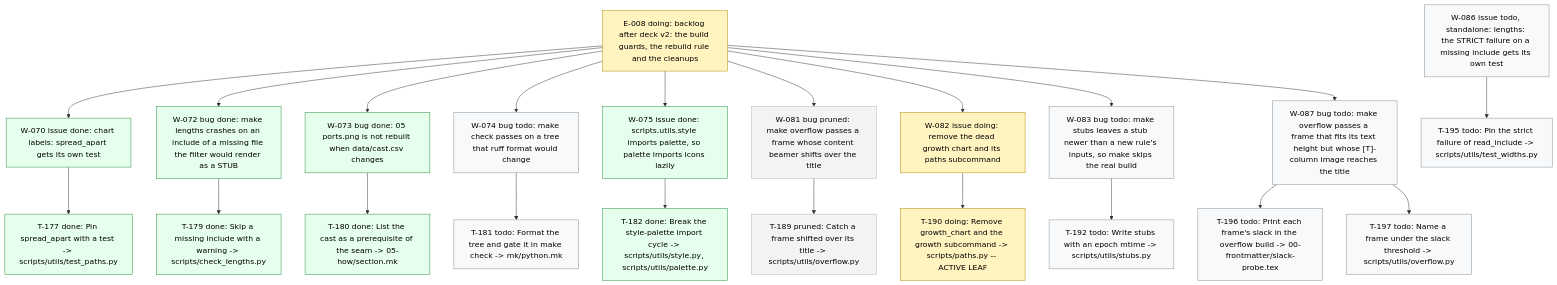
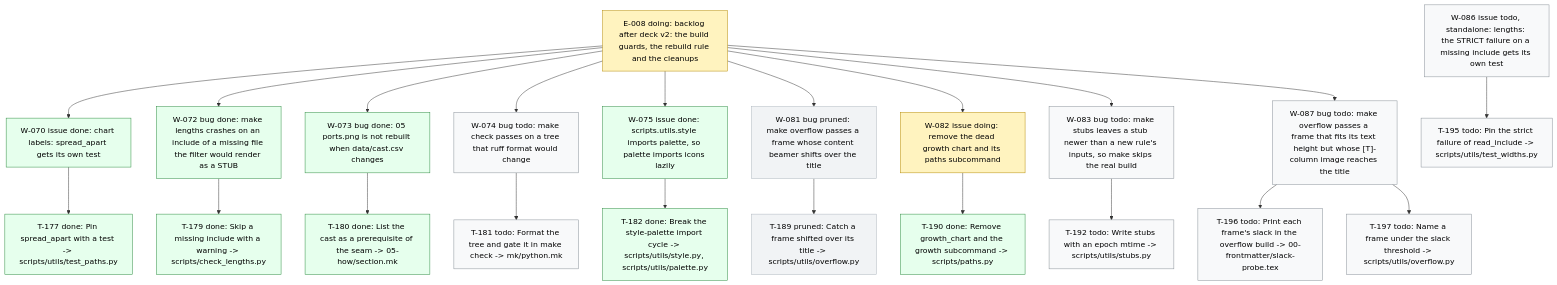
The diagram in .board/BOARD.md (dpopchev/chaos-to-simple), drawn with Mermaid before and after one commit. The commit also changed other lines of this file and 1 other file, not shown here.

Commit message:
chore(board): close T-190 -- W-082 ready to land
Refs: W-082 T-190

````diff
--- a/.board/BOARD.md
+++ b/.board/BOARD.md
@@ -487,34 +487,34 @@
 ```mermaid
 flowchart TD
   E008["E-008 doing: backlog after deck v2: the build guards, the rebuild rule and the cleanups"]
   E008 --> W070["W-070 issue done: chart labels: spread_apart gets its own test"]
   W070 --> T177["T-177 done: Pin spread_apart with a test -> scripts/utils/test_paths.py"]
   E008 --> W072["W-072 bug done: make lengths crashes on an include of a missing file the filter would render as a STUB"]
   W072 --> T179["T-179 done: Skip a missing include with a warning -> scripts/check_lengths.py"]
   E008 --> W073["W-073 bug done: 05 ports.png is not rebuilt when data/cast.csv changes"]
   W073 --> T180["T-180 done: List the cast as a prerequisite of the seam -> 05-how/section.mk"]
   E008 --> W074["W-074 bug todo: make check passes on a tree that ruff format would change"]
   W074 --> T181["T-181 todo: Format the tree and gate it in make check -> mk/python.mk"]
   E008 --> W075["W-075 issue done: scripts.utils.style imports palette, so palette imports icons lazily"]
   W075 --> T182["T-182 done: Break the style-palette import cycle -> scripts/utils/style.py, scripts/utils/palette.py"]
   E008 --> W081["W-081 bug pruned: make overflow passes a frame whose content beamer shifts over the title"]
   W081 --> T189["T-189 pruned: Catch a frame shifted over its title -> scripts/utils/overflow.py"]
   E008 --> W082["W-082 issue doing: remove the dead growth chart and its paths subcommand"]
-  W082 --> T190["T-190 doing: Remove growth_chart and the growth subcommand -> scripts/paths.py -- ACTIVE LEAF"]
+  W082 --> T190["T-190 done: Remove growth_chart and the growth subcommand -> scripts/paths.py"]
   E008 --> W083["W-083 bug todo: make stubs leaves a stub newer than a new rule's inputs, so make skips the real build"]
   W083 --> T192["T-192 todo: Write stubs with an epoch mtime -> scripts/utils/stubs.py"]
   E008 --> W087["W-087 bug todo: make overflow passes a frame that fits its text height but whose [T]-column image reaches the title"]
   W087 --> T196["T-196 todo: Print each frame's slack in the overflow build -> 00-frontmatter/slack-probe.tex"]
   W087 --> T197["T-197 todo: Name a frame under the slack threshold -> scripts/utils/overflow.py"]
   W086["W-086 issue todo, standalone: lengths: the STRICT failure on a missing include gets its own test"]
   W086 --> T195["T-195 todo: Pin the strict failure of read_include -> scripts/utils/test_widths.py"]
   classDef doing fill:#fff3bf,stroke:#b58900,color:#000;
   classDef blocked fill:#ffe3e3,stroke:#c92a2a,color:#000;
   classDef done fill:#e6ffed,stroke:#2b8a3e,color:#000;
   classDef todo fill:#f8f9fa,stroke:#868e96,color:#000;
   classDef pruned fill:#f1f3f5,stroke:#adb5bd,color:#000;
-  class E008,W082,T190 doing
-  class W070,T177,W072,T179,W073,T180,W075,T182 done
+  class E008,W082 doing
+  class W070,T177,W072,T179,W073,T180,W075,T182,T190 done
   class W074,T181,W083,T192,W087,T196,T197,W086,T195 todo
   class W081,T189 pruned
 ```
````
